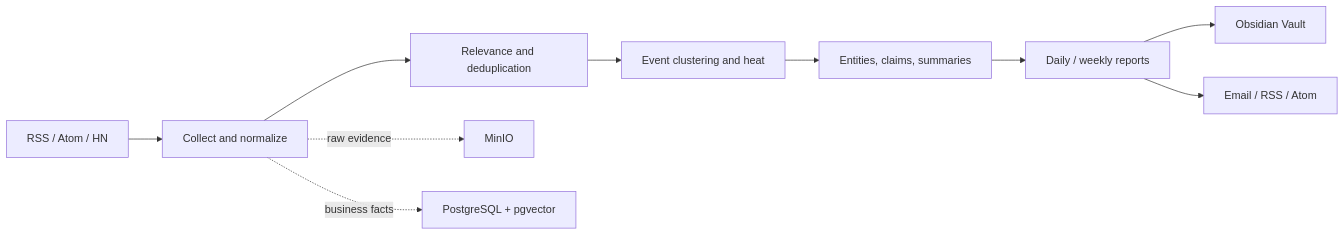
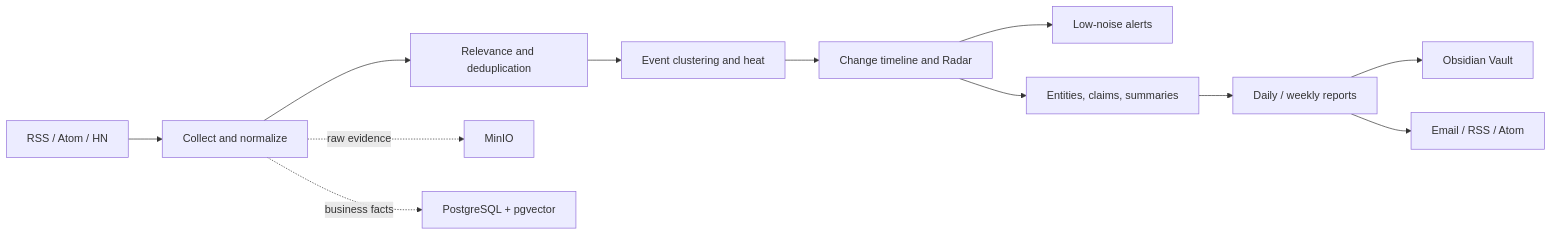
One commit to StephenQiu30/Ripplesight changed the diagram in README_EN.md. Above: the diagram before and after it, drawn with Mermaid. The commit also changed other lines of this file and 41 other files, not shown here.

Commit message:
feat: add event radar and low-noise alerts

````diff
--- a/README_EN.md
+++ b/README_EN.md
@@ -60,12 +65,14 @@
 ```mermaid
 flowchart LR
     A["RSS / Atom / HN"] --> B["Collect and normalize"]
     B --> C["Relevance and deduplication"]
     C --> D["Event clustering and heat"]
-    D --> E["Entities, claims, summaries"]
-    E --> F["Daily / weekly reports"]
-    F --> G["Obsidian Vault"]
-    F --> H["Email / RSS / Atom"]
-    B -. "raw evidence" .-> I["MinIO"]
-    B -. "business facts" .-> J["PostgreSQL + pgvector"]
+    D --> E["Change timeline and Radar"]
+    E --> F["Low-noise alerts"]
+    E --> G["Entities, claims, summaries"]
+    G --> H["Daily / weekly reports"]
+    H --> I["Obsidian Vault"]
+    H --> J["Email / RSS / Atom"]
+    B -. "raw evidence" .-> K["MinIO"]
+    B -. "business facts" .-> L["PostgreSQL + pgvector"]
 ```
````
